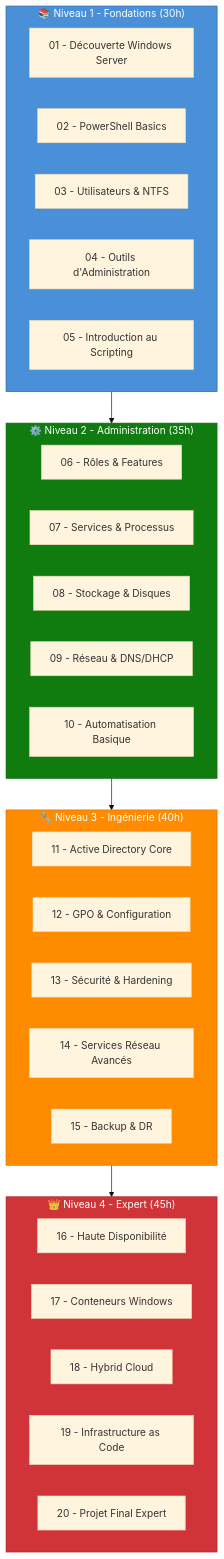
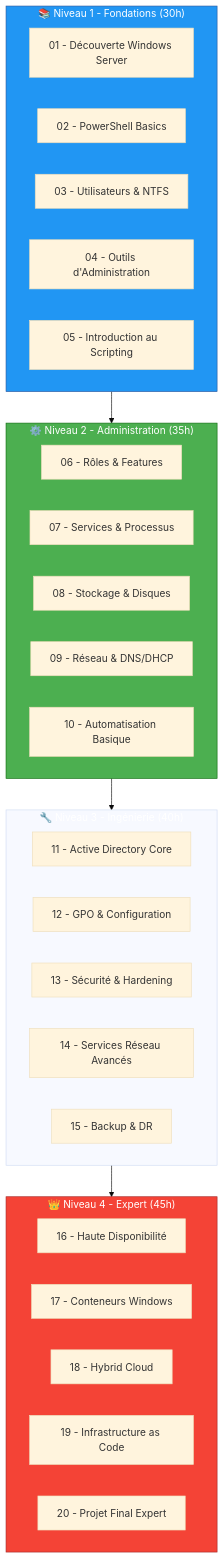
Before and after one commit to VBlackJack/ShellBook: the first of 2 diagrams in docs/formations/windows-mastery/index.md, drawn with Mermaid (base theme). The commit also changed other lines of this file and 337 other files, not shown here.

First line of the commit message:
refactor(docs): Standardize code blocks and Mermaid colors

````diff
--- a/docs/formations/windows-mastery/index.md
+++ b/docs/formations/windows-mastery/index.md
@@ -45,43 +45,43 @@
 ```mermaid
 flowchart TB
     subgraph N1["📚 Niveau 1 - Fondations (30h)"]
         M01[01 - Découverte Windows Server]
         M02[02 - PowerShell Basics]
         M03[03 - Utilisateurs & NTFS]
         M04[04 - Outils d'Administration]
         M05[05 - Introduction au Scripting]
     end
 
     subgraph N2["⚙️ Niveau 2 - Administration (35h)"]
         M06[06 - Rôles & Features]
         M07[07 - Services & Processus]
         M08[08 - Stockage & Disques]
         M09[09 - Réseau & DNS/DHCP]
         M10[10 - Automatisation Basique]
     end
 
     subgraph N3["🔧 Niveau 3 - Ingénierie (40h)"]
         M11[11 - Active Directory Core]
         M12[12 - GPO & Configuration]
         M13[13 - Sécurité & Hardening]
         M14[14 - Services Réseau Avancés]
         M15[15 - Backup & DR]
     end
 
     subgraph N4["👑 Niveau 4 - Expert (45h)"]
         M16[16 - Haute Disponibilité]
         M17[17 - Conteneurs Windows]
         M18[18 - Hybrid Cloud]
         M19[19 - Infrastructure as Code]
         M20[20 - Projet Final Expert]
     end
 
     N1 --> N2
     N2 --> N3
     N3 --> N4
 
-    style N1 fill:#4a90d9,stroke:#2c5aa0,color:#fff
-    style N2 fill:#107c10,stroke:#0e6b0e,color:#fff
-    style N3 fill:#ff8c00,stroke:#cc7000,color:#fff
-    style N4 fill:#d13438,stroke:#a52a2a,color:#fff
+    style N1 fill:#2196F3,stroke:#2c5aa0,color:#fff
+    style N2 fill:#4CAF50,stroke:#0e6b0e,color:#fff
+    style N3 fill:#FF9800800800,stroke:#FF9800800,color:#fff
+    style N4 fill:#f44336,stroke:#a52a2a,color:#fff
 ```
````
